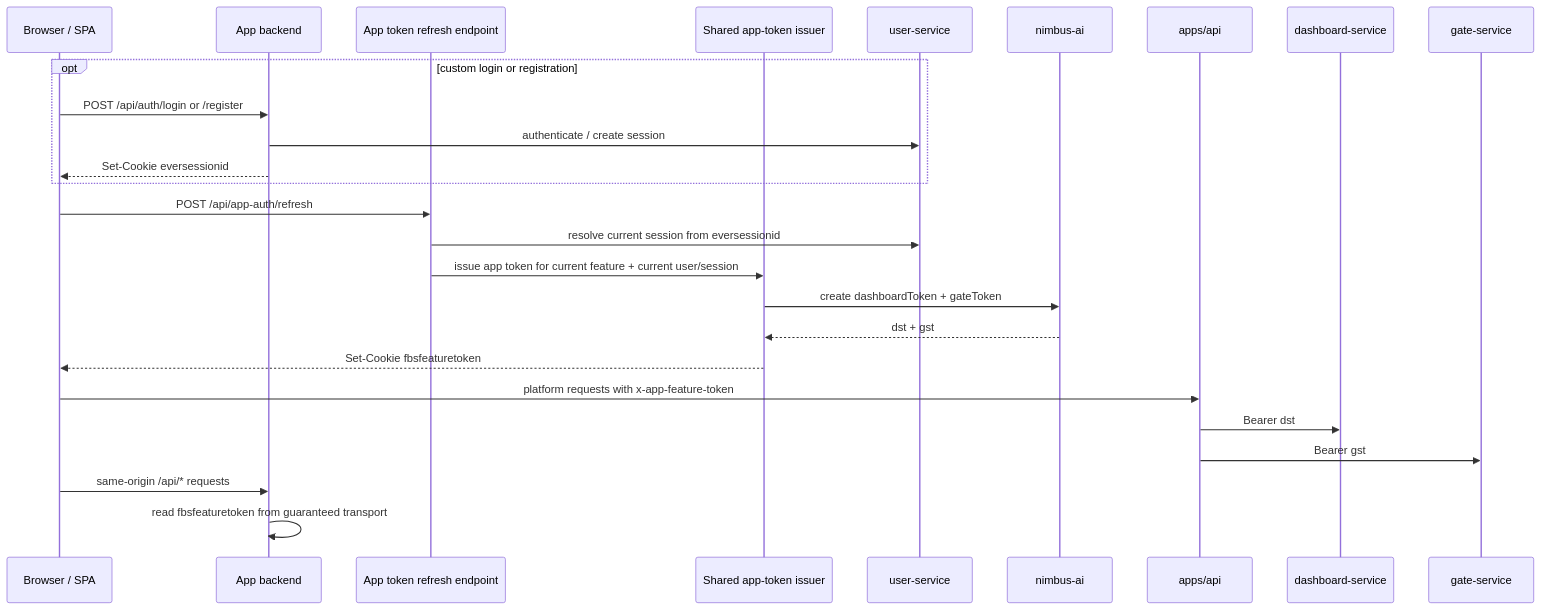
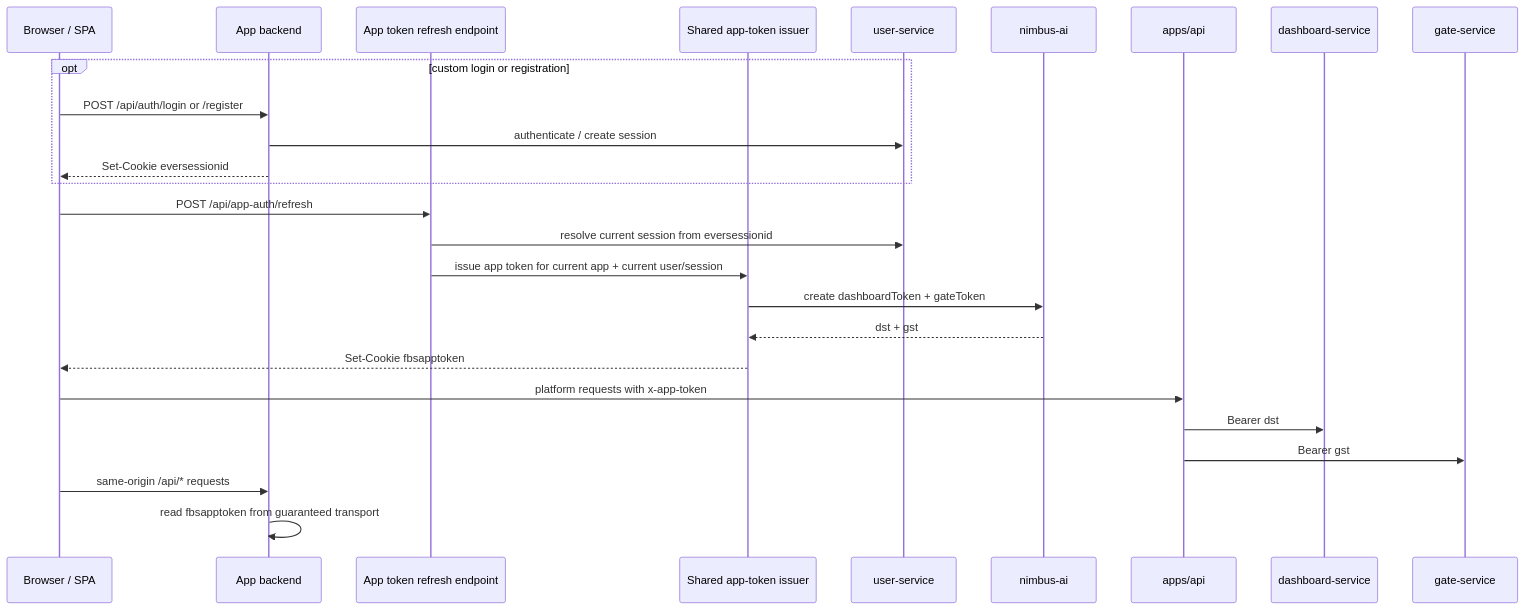
Before and after one commit to fusebase-dev/fusebase-cli: the sixth of 6 diagrams in docs/proposals/APP-AUTH-FLOW.md, drawn with Mermaid. The commit also changed other lines of this file and 113 other files, not shown here.

````diff
--- a/docs/proposals/APP-AUTH-FLOW.md
+++ b/docs/proposals/APP-AUTH-FLOW.md
@@ -557,32 +557,32 @@
 ```mermaid
 sequenceDiagram
   participant Browser as Browser / SPA
   participant AppBE as App backend
   participant Refresh as App token refresh endpoint
   participant Wrapper as Shared app-token issuer
   participant User as user-service
   participant Nimbus as nimbus-ai
   participant API as apps/api
   participant Dash as dashboard-service
   participant Gate as gate-service
 
   opt custom login or registration
     Browser->>AppBE: POST /api/auth/login or /register
     AppBE->>User: authenticate / create session
     AppBE-->>Browser: Set-Cookie eversessionid
   end
 
   Browser->>Refresh: POST /api/app-auth/refresh
   Refresh->>User: resolve current session from eversessionid
-  Refresh->>Wrapper: issue app token for current feature + current user/session
+  Refresh->>Wrapper: issue app token for current app + current user/session
   Wrapper->>Nimbus: create dashboardToken + gateToken
   Nimbus-->>Wrapper: dst + gst
-  Wrapper-->>Browser: Set-Cookie fbsfeaturetoken
+  Wrapper-->>Browser: Set-Cookie fbsapptoken
 
-  Browser->>API: platform requests with x-app-feature-token
+  Browser->>API: platform requests with x-app-token
   API->>Dash: Bearer dst
   API->>Gate: Bearer gst
 
   Browser->>AppBE: same-origin /api/* requests
-  AppBE->>AppBE: read fbsfeaturetoken from guaranteed transport
+  AppBE->>AppBE: read fbsapptoken from guaranteed transport
 ```
````
